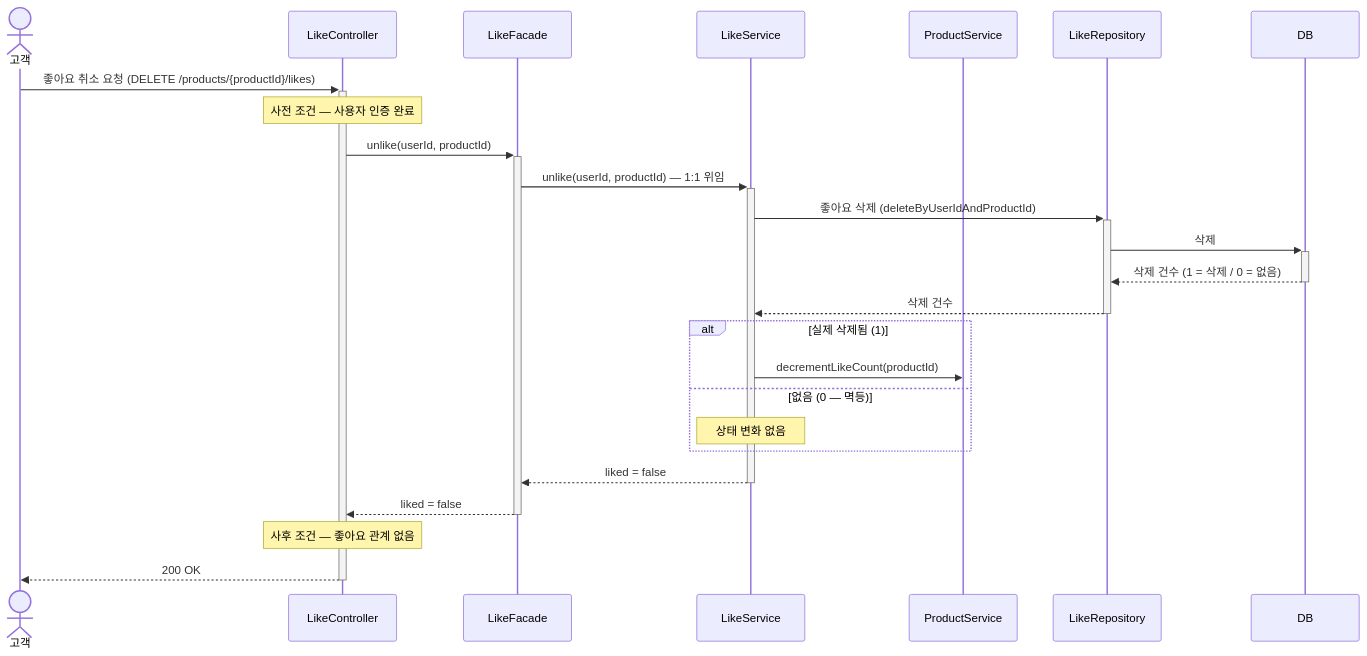
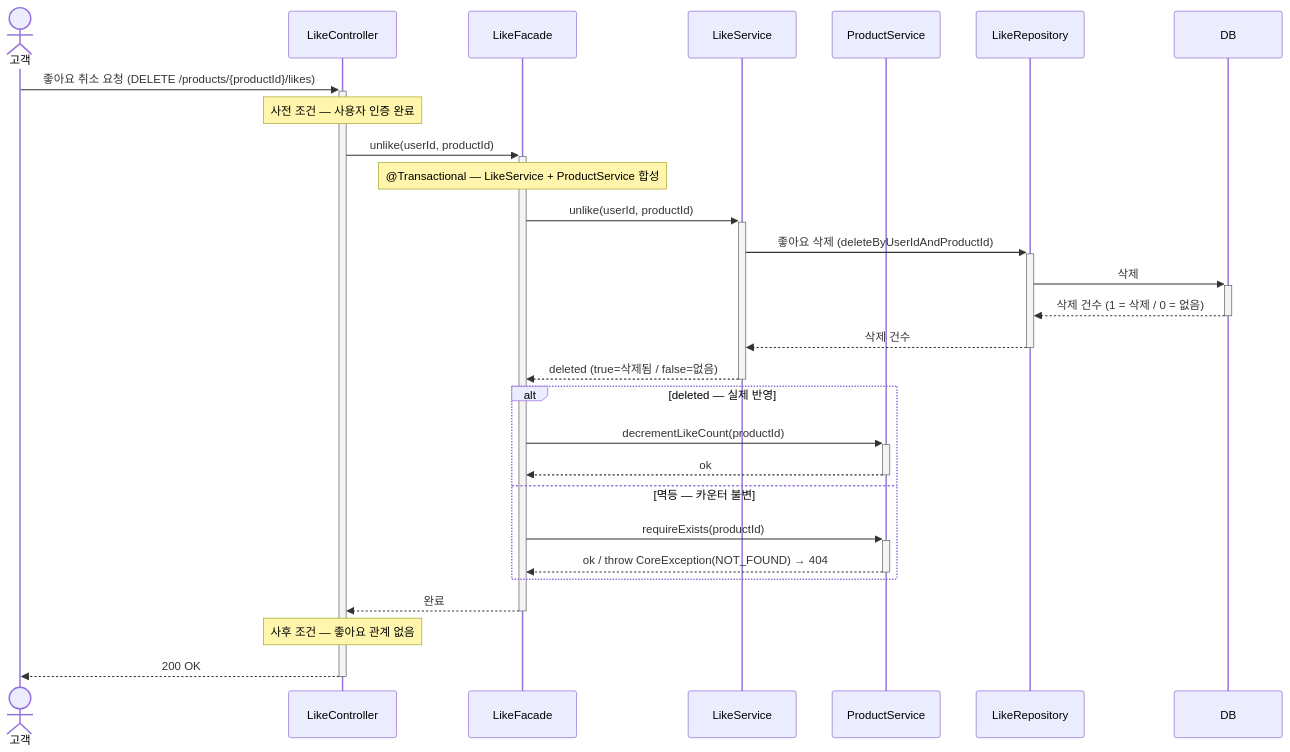
The third of 5 diagrams in .docs/design/02-sequence-diagrams.md (loopers-labs/loop-pack-be-l2-vol4-java), drawn with Mermaid before and after one commit. The commit also changed other lines of this file and 1 other file, not shown here.

First line of the commit message:
docs: 좋아요 설계 문서(D7)를 LikeFacade 합성 구현에 맞춤

````diff
--- a/.docs/design/02-sequence-diagrams.md
+++ b/.docs/design/02-sequence-diagrams.md
@@ -109,28 +112,31 @@
 ```mermaid
 sequenceDiagram
     actor C as 고객
     participant Ctl as LikeController
     participant F as LikeFacade
     participant S as LikeService
     participant PS as ProductService
     participant LR as LikeRepository
     participant DB as DB
 
     C->>+Ctl: 좋아요 취소 요청 (DELETE /products/{productId}/likes)
     Note over Ctl: 사전 조건 — 사용자 인증 완료
     Ctl->>+F: unlike(userId, productId)
-    F->>+S: unlike(userId, productId) — 1:1 위임
+    Note over F: @Transactional — LikeService + ProductService 합성
+    F->>+S: unlike(userId, productId)
     S->>+LR: 좋아요 삭제 (deleteByUserIdAndProductId)
     LR->>+DB: 삭제
     DB-->>-LR: 삭제 건수 (1 = 삭제 / 0 = 없음)
     LR-->>-S: 삭제 건수
-    alt 실제 삭제됨 (1)
-        S->>PS: decrementLikeCount(productId)
-    else 없음 (0 — 멱등)
-        Note over S: 상태 변화 없음
+    S-->>-F: deleted (true=삭제됨 / false=없음)
+    alt deleted — 실제 반영
+        F->>+PS: decrementLikeCount(productId)
+        PS-->>-F: ok
+    else 멱등 — 카운터 불변
+        F->>+PS: requireExists(productId)
+        PS-->>-F: ok / throw CoreException(NOT_FOUND) → 404
     end
-    S-->>-F: liked = false
-    F-->>-Ctl: liked = false
+    F-->>-Ctl: 완료
     Note over Ctl: 사후 조건 — 좋아요 관계 없음
     Ctl-->>-C: 200 OK
 ```
````
